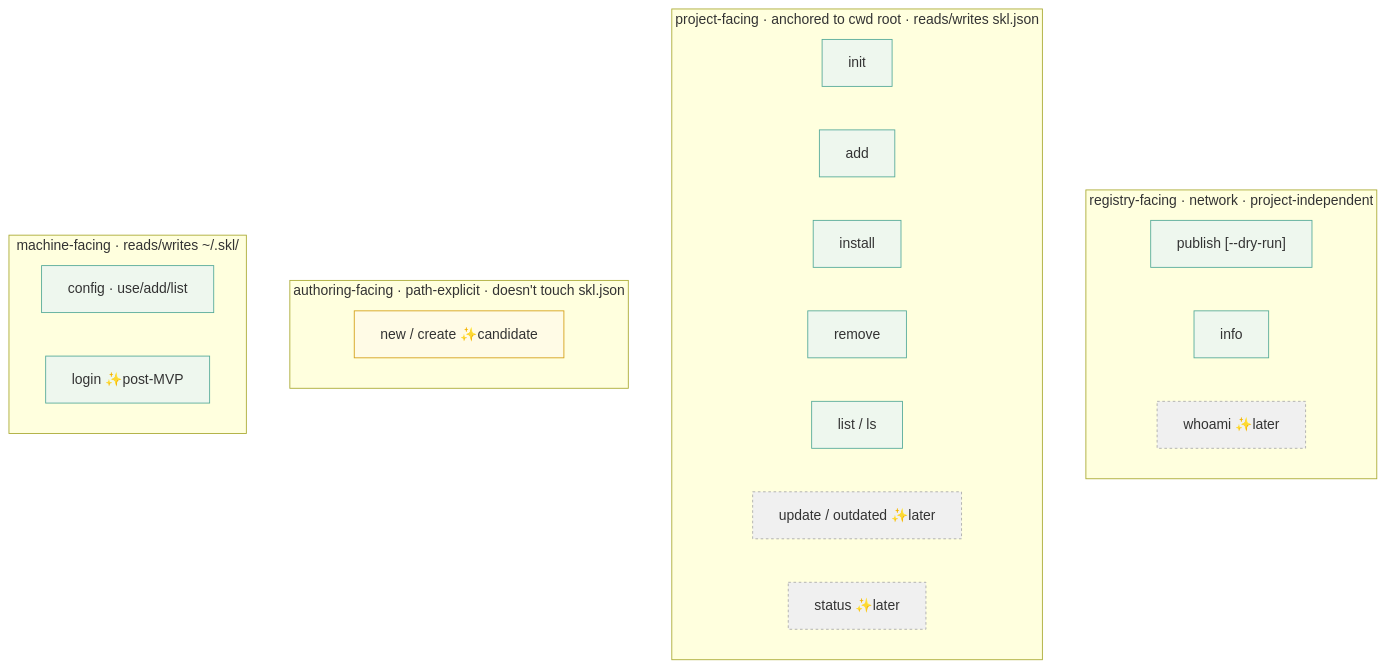
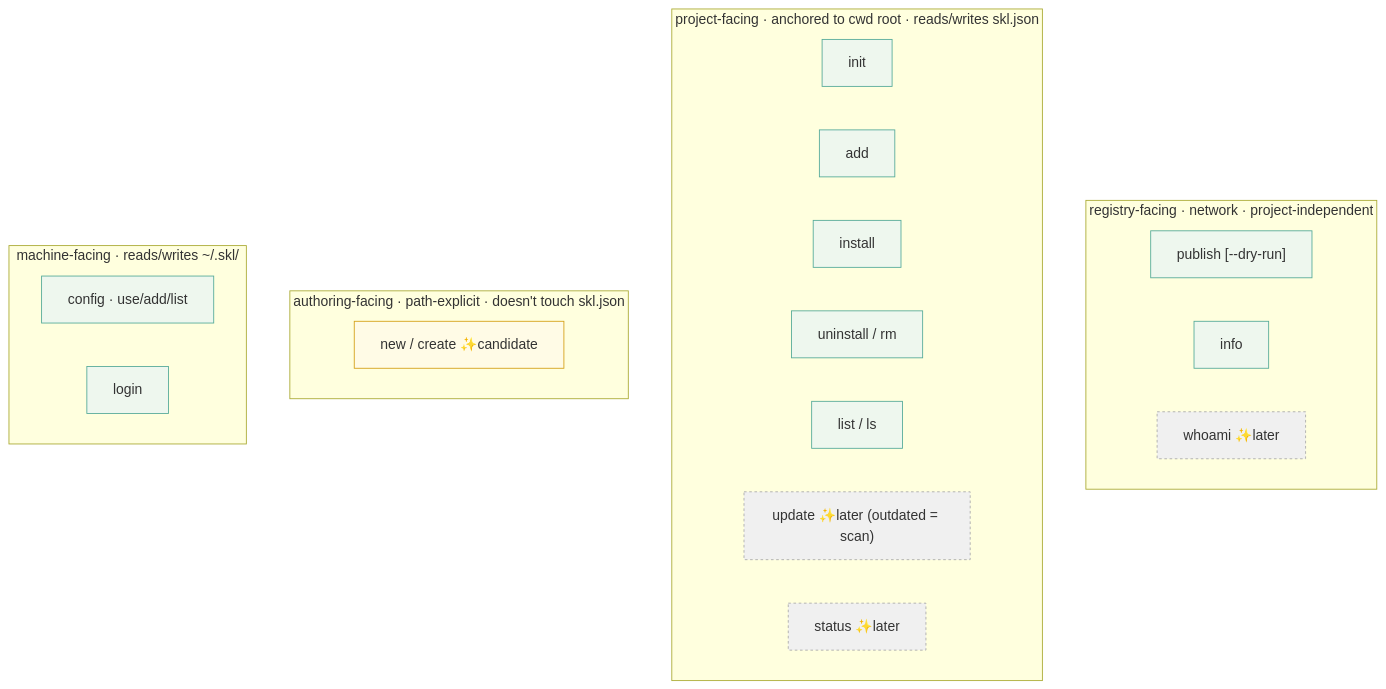
The first of 3 diagrams in docs/reference/cli.md (loopdoop/skl-skill), drawn with Mermaid before and after one commit. The commit also changed other lines of this file and 3 other files, not shown here.

````diff
--- a/docs/reference/cli.md
+++ b/docs/reference/cli.md
@@ -51,31 +82,31 @@
 ```mermaid
 flowchart TB
     subgraph reg["registry-facing · network · project-independent"]
         PUB["publish [--dry-run]"]
         INFO["info"]
         WHO["whoami ✨later"]
     end
     subgraph proj["project-facing · anchored to cwd root · reads/writes skl.json"]
         INIT["init"]
         ADD["add"]
         INST["install"]
-        RM["remove"]
+        RM["uninstall / rm"]
         LS["list / ls"]
-        UPD["update / outdated ✨later"]
+        UPD["update ✨later (outdated = scan)"]
         STAT["status ✨later"]
     end
     subgraph auth["authoring-facing · path-explicit · doesn't touch skl.json"]
         NEW["new / create ✨candidate"]
     end
     subgraph mach["machine-facing · reads/writes ~/.skl/"]
         CFG["config · use/add/list"]
-        LOGIN["login ✨post-MVP"]
+        LOGIN["login"]
     end
 
     classDef done fill:#eef7ee,stroke:#5a9;
     classDef cand fill:#fffbe6,stroke:#d4a017;
     classDef park fill:#f0f0f0,stroke:#aaa,stroke-dasharray:3 3;
     class INIT,ADD,INST,RM,INFO,PUB,LS,CFG,LOGIN done;
     class NEW cand;
     class WHO,UPD,STAT park;
 ```
````
